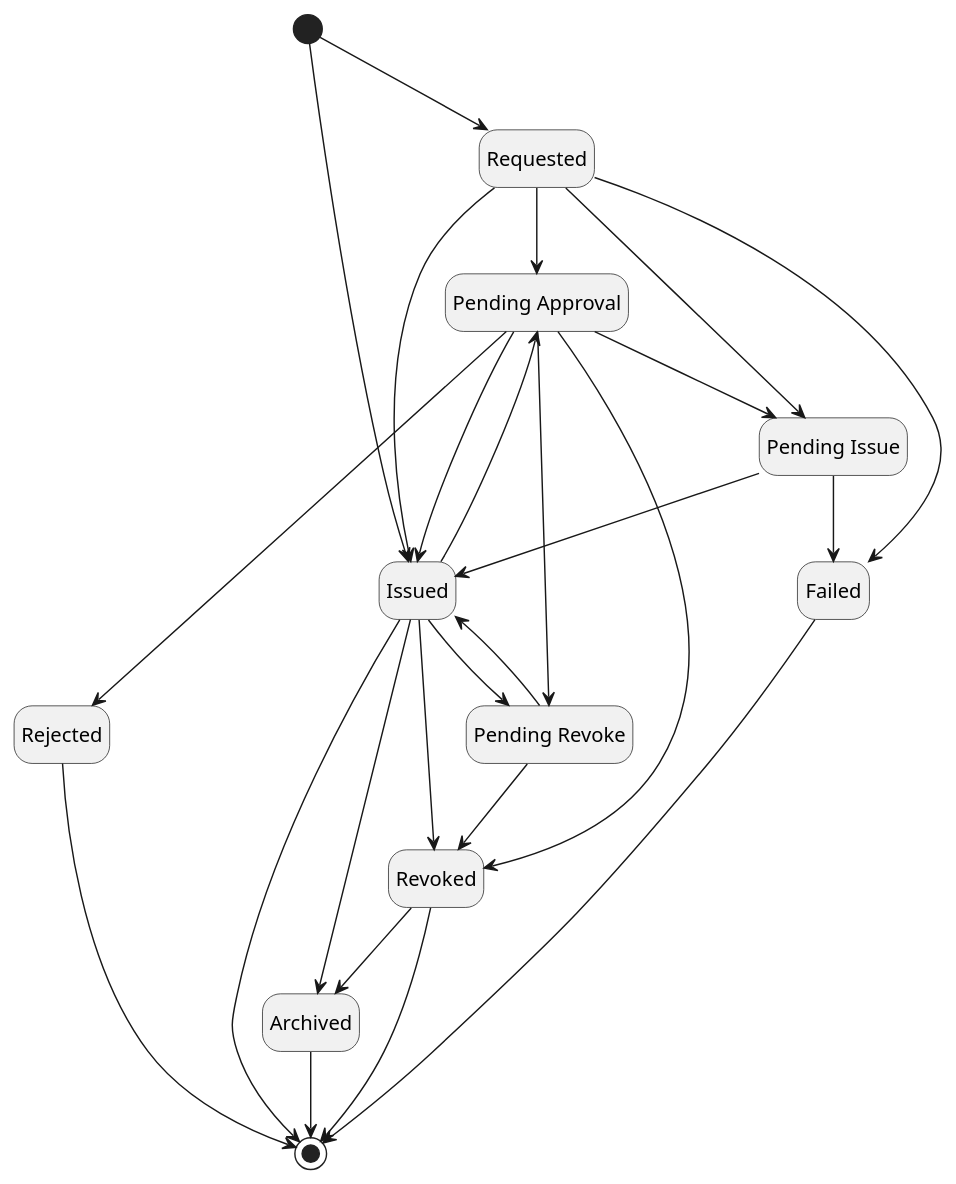
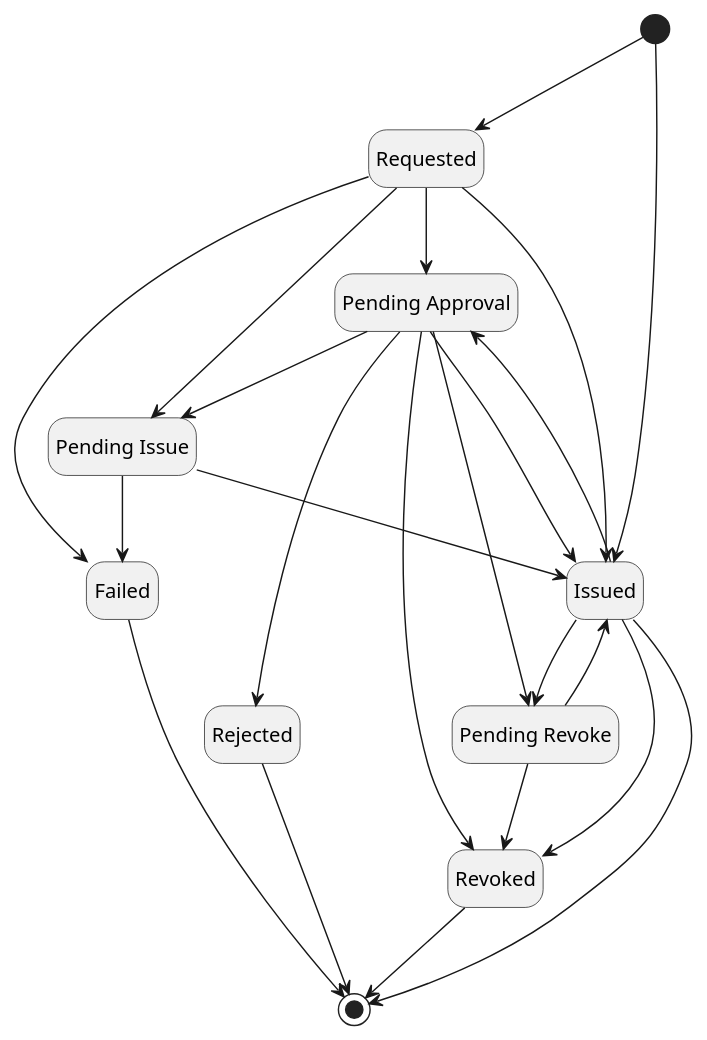
One commit to OmniTrustILM/documentation changed the first of 5 diagrams in docs/certificate-key/concept-design/core-components/certificate.md. Above: the diagram before and after it, drawn with PlantUML. The commit also changed other lines of this file and 15 other files, not shown here.

````diff
--- a/docs/certificate-key/concept-design/core-components/certificate.md
+++ b/docs/certificate-key/concept-design/core-components/certificate.md
@@ -48,36 +47,32 @@
 ```plantuml
 @startuml
 hide empty description
 
 state "Pending Approval" as PendingApproval
 state "Pending Issue" as PendingIssue
 state "Pending Revoke" as PendingRevoke
 
   [*] --> Requested
   [*] --> Issued
   Requested --> Failed
   Requested --> PendingApproval
   Requested --> PendingIssue
   Requested --> Issued
   PendingApproval --> Rejected
   PendingApproval --> PendingIssue
   PendingApproval --> PendingRevoke
   PendingApproval --> Issued
   PendingApproval --> Revoked
   PendingIssue --> Failed
   PendingIssue --> Issued
   PendingRevoke --> Revoked
   PendingRevoke --> Issued
   Issued --> PendingApproval
   Issued --> PendingRevoke
   Issued --> Revoked
-  Issued --> Archived
-  Revoked --> Archived
   Rejected --> [*]
   Failed --> [*]
   Issued --> [*]
   Revoked --> [*]
-  Archived --> [*]
-
 @enduml
 ```
````
